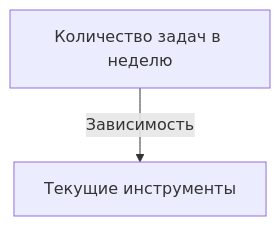
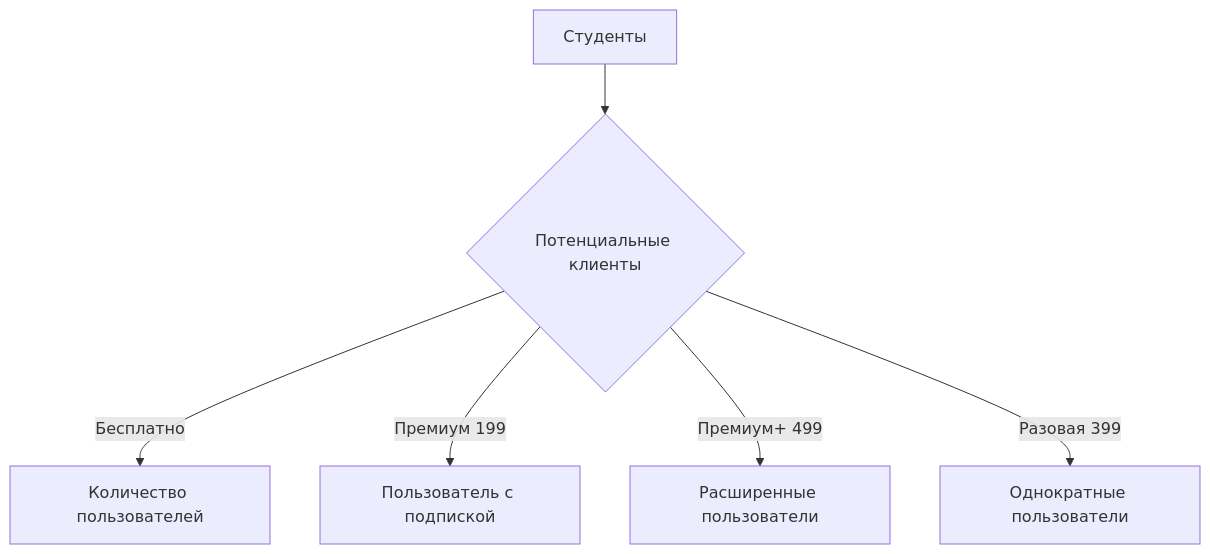
Before and after one commit to Moksimqa/elective: the diagram in REPORT.md, drawn with Mermaid. The commit also changed other lines of this file, not shown here.

````diff
--- a/REPORT.md
+++ b/REPORT.md
@@ -36,4 +61,8 @@
 ```mermaid
-graph TD;
-    A[Количество задач в неделю] -->|Зависимость| B[Текущие инструменты];
-```  
+  graph TD;
+      A[Студенты] --> B{Потенциальные клиенты};
+      B -->|Бесплатно| C[Количество пользователей];
+      B -->|Премиум 199| D[Пользователь с подпиской];
+      B -->|Премиум+ 499| E[Расширенные пользователи];
+      B -->|Разовая 399| F[Однократные пользователи];
+```
````
